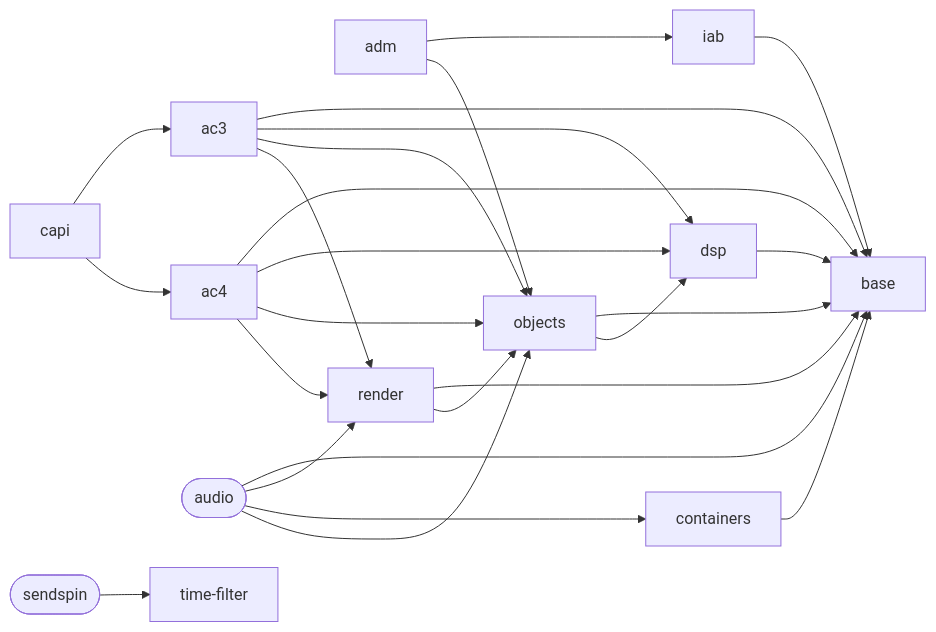
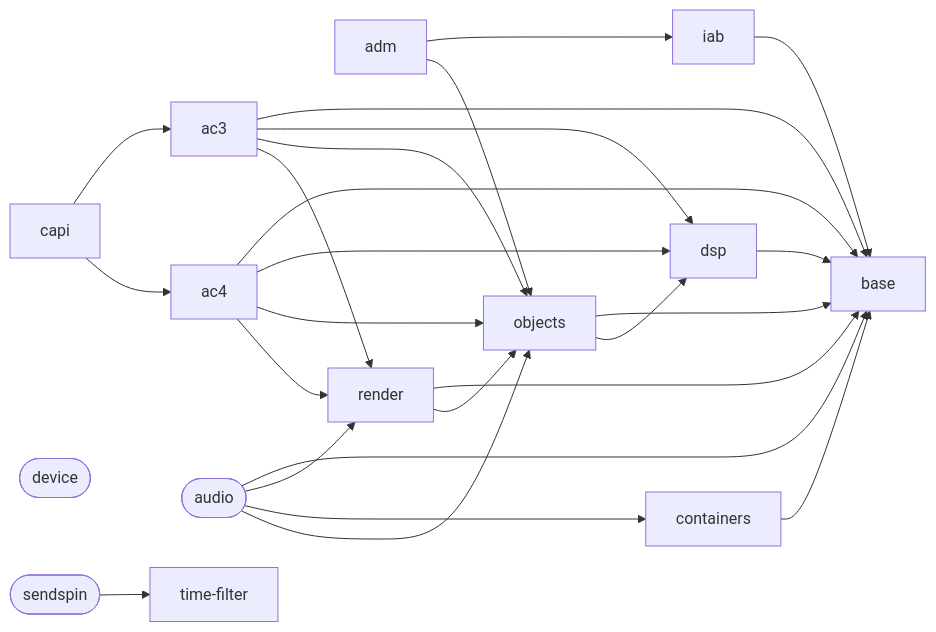
Before and after one commit to iainchesworthlabs/iclforge: the diagram in docs/projects.md, drawn with Mermaid. The commit also changed other lines of this file and 44 other files, not shown here.

````diff
--- a/docs/projects.md
+++ b/docs/projects.md
@@ -91,40 +92,41 @@
 ```mermaid
 flowchart LR
     ac3["ac3"]
     ac4["ac4"]
     adm["adm"]
     audio(["audio"])
     base["base"]
     capi["capi"]
     containers["containers"]
+    device(["device"])
     dsp["dsp"]
     iab["iab"]
     objects["objects"]
     render["render"]
     sendspin(["sendspin"])
     time_filter["time-filter"]
     ac3 --> base
     ac3 --> dsp
     ac3 --> objects
     ac3 --> render
     ac4 --> base
     ac4 --> dsp
     ac4 --> objects
     ac4 --> render
     adm --> iab
     adm --> objects
     audio --> base
     audio --> render
     audio --> containers
     audio --> objects
     capi --> ac3
     capi --> ac4
     containers --> base
     dsp --> base
     iab --> base
     objects --> base
     objects --> dsp
     render --> base
     render --> objects
     sendspin --> time_filter
 ```
````
